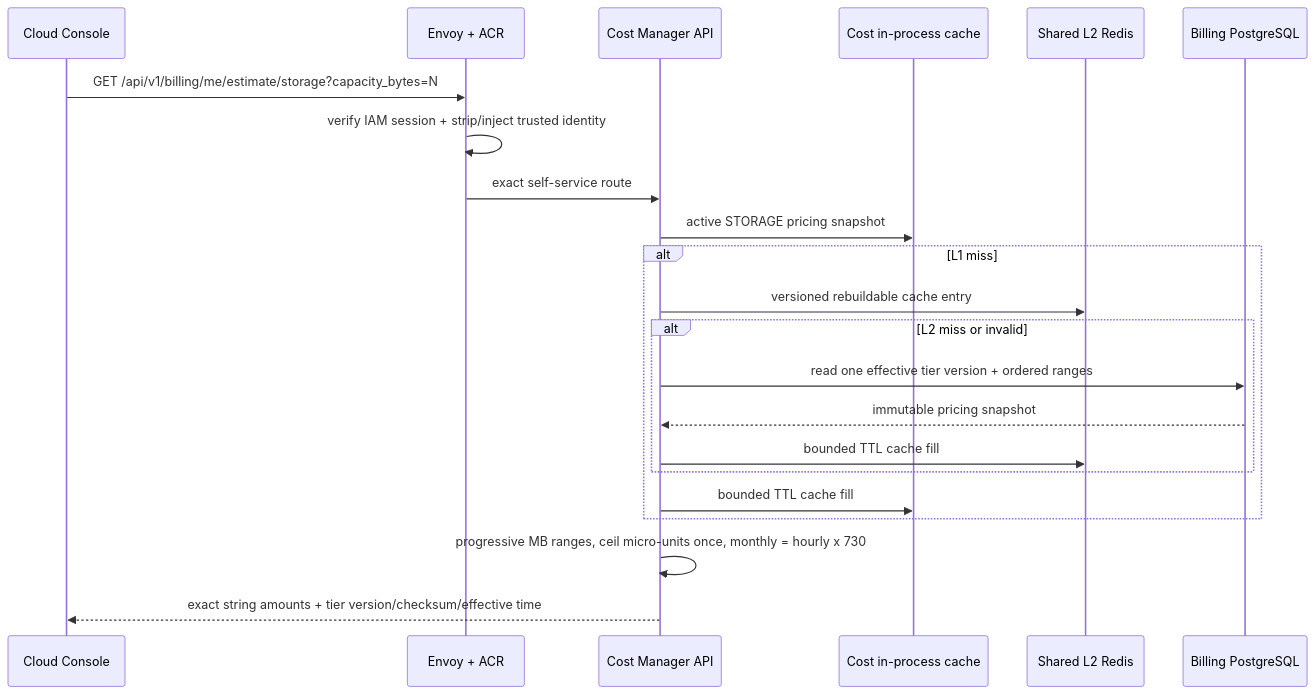
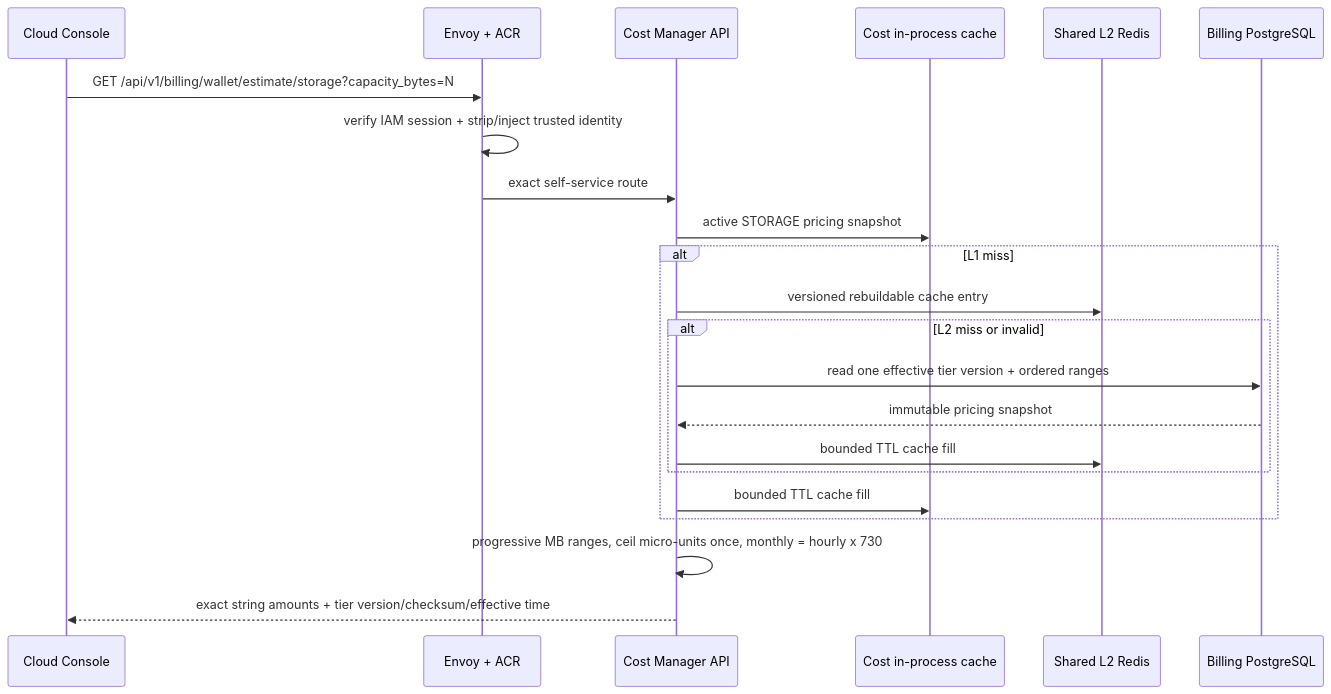
One commit to phucle996/aurora changed the first of 3 diagrams in god_view/storage/bucket_creation_god_view.md. Above: the diagram before and after it, drawn with Mermaid. The commit also changed other lines of this file and 87 other files, not shown here.

Commit message:
feat: implement wallet onboarding, referral system, and tenant payment services with associated API handlers and database migrations

````diff
--- a/god_view/storage/bucket_creation_god_view.md
+++ b/god_view/storage/bucket_creation_god_view.md
@@ -27,25 +27,25 @@
 ```mermaid
 sequenceDiagram
     participant UI as Cloud Console
     participant Edge as Envoy + ACR
     participant Cost as Cost Manager API
     participant L1 as Cost in-process cache
     participant L2 as Shared L2 Redis
     participant PG as Billing PostgreSQL
 
-    UI->>Edge: GET /api/v1/billing/me/estimate/storage?capacity_bytes=N
+    UI->>Edge: GET /api/v1/billing/wallet/estimate/storage?capacity_bytes=N
     Edge->>Edge: verify IAM session + strip/inject trusted identity
     Edge->>Cost: exact self-service route
     Cost->>L1: active STORAGE pricing snapshot
     alt L1 miss
         Cost->>L2: versioned rebuildable cache entry
         alt L2 miss or invalid
             Cost->>PG: read one effective tier version + ordered ranges
             PG-->>Cost: immutable pricing snapshot
             Cost->>L2: bounded TTL cache fill
         end
         Cost->>L1: bounded TTL cache fill
     end
     Cost->>Cost: progressive MB ranges, ceil micro-units once, monthly = hourly x 730
     Cost-->>UI: exact string amounts + tier version/checksum/effective time
 ```
````
